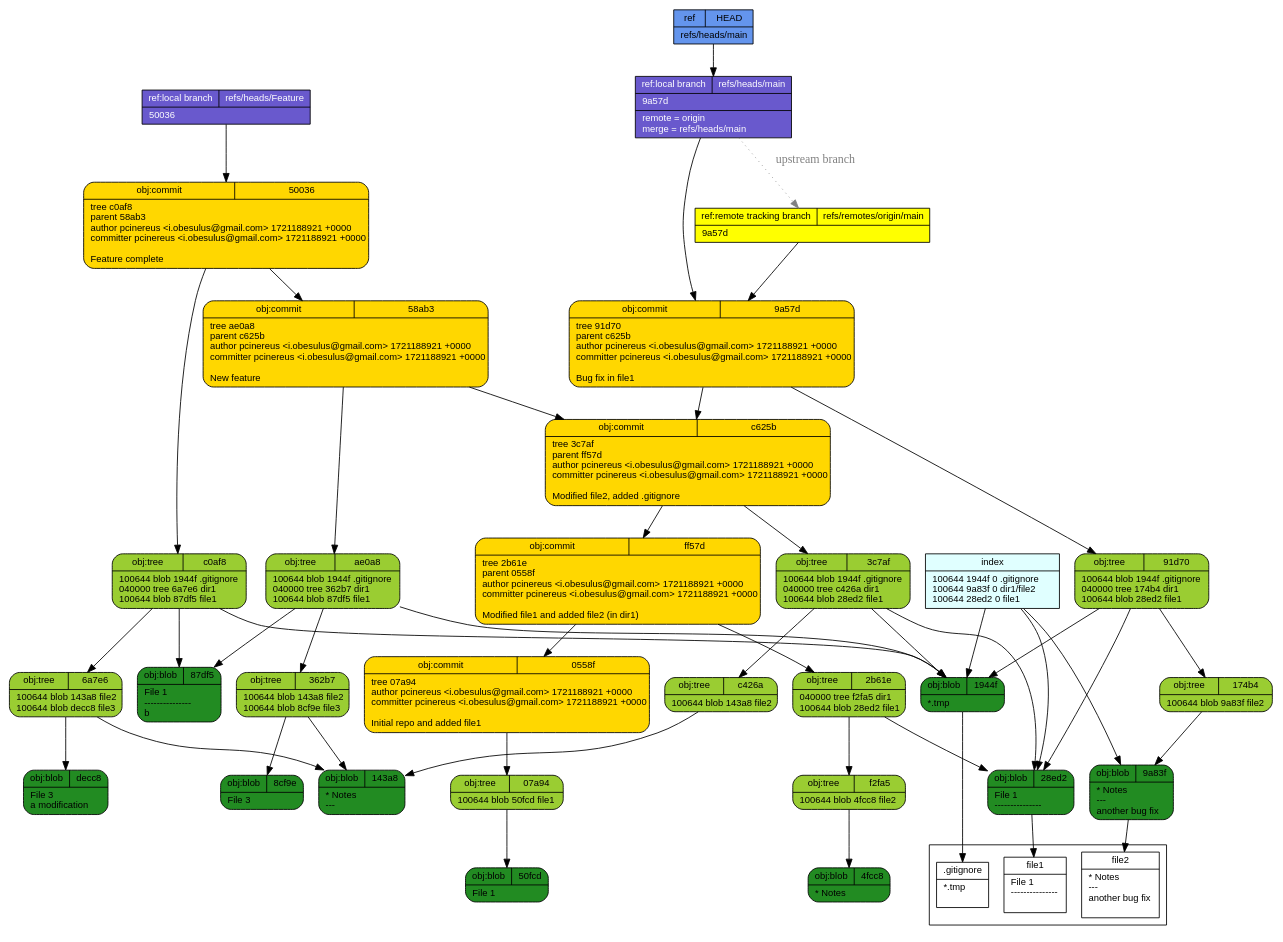
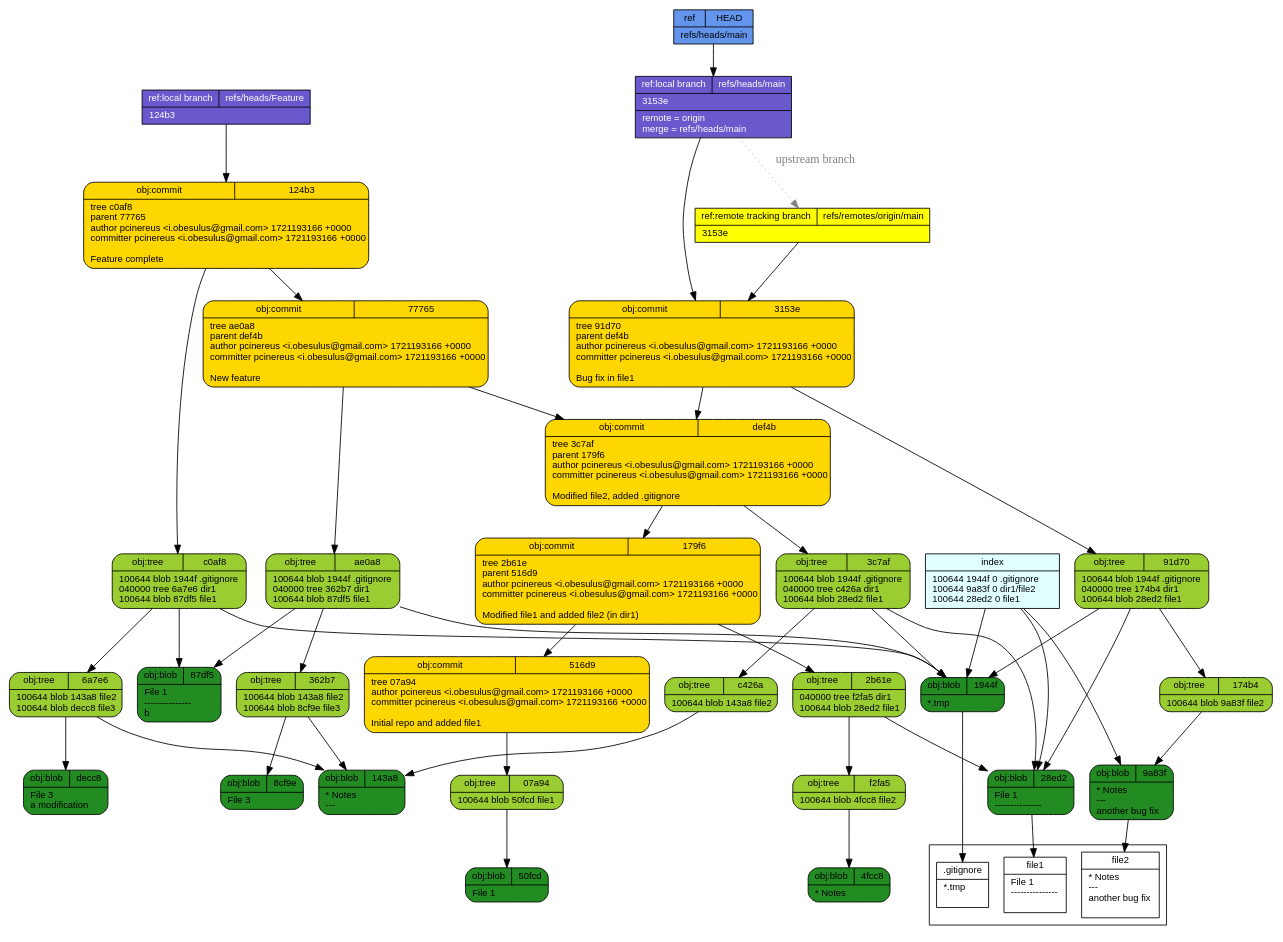
One commit to pcinereus/SUYRs_documents changed the diagram in tut/git-draw.dot. Above: the diagram before and after it, drawn with Graphviz. The commit also changed 609 other files, not shown here.

```diff
--- a/tut/git-draw.dot
+++ b/tut/git-draw.dot
@@ -1,57 +1,57 @@
 digraph structs {
   node [shape=record,fontsize=11,fontname="arial"];
   rankdir="TB";
   _f2fa5 [fillcolor="yellowgreen", style="filled,rounded", label="{{obj:tree|f2fa5}|100644\ blob\ 4fcc8\	file2\l}"]  _f2fa5 -> _4fcc8
   _07a94 [fillcolor="yellowgreen", style="filled,rounded", label="{{obj:tree|07a94}|100644\ blob\ 50fcd\	file1\l}"]  _07a94 -> _50fcd
   _143a8 [fillcolor="forestgreen", style="filled,rounded", label="{{obj:blob|143a8}|\*\ Notes\l\-\-\-\l}"]  _c0af8 [fillcolor="yellowgreen", style="filled,rounded", label="{{obj:tree|c0af8}|100644\ blob\ 1944f\	\.gitignore\l040000\ tree\ 6a7e6\	dir1\l100644\ blob\ 87df5\	file1\l}"]  _c0af8 -> _1944f
   _c0af8 -> _6a7e6
   _c0af8 -> _87df5
-  _4fcc8 [fillcolor="forestgreen", style="filled,rounded", label="{{obj:blob|4fcc8}|\*\ Notes\l}"]  _58ab3 [fillcolor="gold", style="filled,rounded", label="{{obj:commit|58ab3}|tree\ ae0a8\lparent\ c625b\lauthor\ pcinereus\ \<i\.obesulus\@gmail\.com\>\ 1721188921\ \+0000\lcommitter\ pcinereus\ \<i\.obesulus\@gmail\.com\>\ 1721188921\ \+0000\l\lNew\ feature\l}"]  _58ab3 -> _ae0a8
-  _58ab3 -> _c625b
+  _4fcc8 [fillcolor="forestgreen", style="filled,rounded", label="{{obj:blob|4fcc8}|\*\ Notes\l}"]  _124b3 [fillcolor="gold", style="filled,rounded", label="{{obj:commit|124b3}|tree\ c0af8\lparent\ 77765\lauthor\ pcinereus\ \<i\.obesulus\@gmail\.com\>\ 1721193166\ \+0000\lcommitter\ pcinereus\ \<i\.obesulus\@gmail\.com\>\ 1721193166\ \+0000\l\lFeature\ complete\l}"]  _124b3 -> _c0af8
+  _124b3 -> _77765
+  _77765 [fillcolor="gold", style="filled,rounded", label="{{obj:commit|77765}|tree\ ae0a8\lparent\ def4b\lauthor\ pcinereus\ \<i\.obesulus\@gmail\.com\>\ 1721193166\ \+0000\lcommitter\ pcinereus\ \<i\.obesulus\@gmail\.com\>\ 1721193166\ \+0000\l\lNew\ feature\l}"]  _77765 -> _ae0a8
+  _77765 -> _def4b
   _c426a [fillcolor="yellowgreen", style="filled,rounded", label="{{obj:tree|c426a}|100644\ blob\ 143a8\	file2\l}"]  _c426a -> _143a8
-  _1944f [fillcolor="forestgreen", style="filled,rounded", label="{{obj:blob|1944f}|\*\.tmp\l}"]  _50fcd [fillcolor="forestgreen", style="filled,rounded", label="{{obj:blob|50fcd}|File\ 1\l}"]  _50036 [fillcolor="gold", style="filled,rounded", label="{{obj:commit|50036}|tree\ c0af8\lparent\ 58ab3\lauthor\ pcinereus\ \<i\.obesulus\@gmail\.com\>\ 1721188921\ \+0000\lcommitter\ pcinereus\ \<i\.obesulus\@gmail\.com\>\ 1721188921\ \+0000\l\lFeature\ complete\l}"]  _50036 -> _c0af8
-  _50036 -> _58ab3
-  _0558f [fillcolor="gold", style="filled,rounded", label="{{obj:commit|0558f}|tree\ 07a94\lauthor\ pcinereus\ \<i\.obesulus\@gmail\.com\>\ 1721188921\ \+0000\lcommitter\ pcinereus\ \<i\.obesulus\@gmail\.com\>\ 1721188921\ \+0000\l\lInitial\ repo\ and\ added\ file1\l}"]  _0558f -> _07a94
+  _1944f [fillcolor="forestgreen", style="filled,rounded", label="{{obj:blob|1944f}|\*\.tmp\l}"]  _50fcd [fillcolor="forestgreen", style="filled,rounded", label="{{obj:blob|50fcd}|File\ 1\l}"]  _3153e [fillcolor="gold", style="filled,rounded", label="{{obj:commit|3153e}|tree\ 91d70\lparent\ def4b\lauthor\ pcinereus\ \<i\.obesulus\@gmail\.com\>\ 1721193166\ \+0000\lcommitter\ pcinereus\ \<i\.obesulus\@gmail\.com\>\ 1721193166\ \+0000\l\lBug\ fix\ in\ file1\l}"]  _3153e -> _91d70
+  _3153e -> _def4b
   _8cf9e [fillcolor="forestgreen", style="filled,rounded", label="{{obj:blob|8cf9e}|File\ 3\l}"]  _91d70 [fillcolor="yellowgreen", style="filled,rounded", label="{{obj:tree|91d70}|100644\ blob\ 1944f\	\.gitignore\l040000\ tree\ 174b4\	dir1\l100644\ blob\ 28ed2\	file1\l}"]  _91d70 -> _1944f
   _91d70 -> _174b4
   _91d70 -> _28ed2
-  _9a83f [fillcolor="forestgreen", style="filled,rounded", label="{{obj:blob|9a83f}|\*\ Notes\l\-\-\-\l\ another\ bug\ fix\l}"]  _9a57d [fillcolor="gold", style="filled,rounded", label="{{obj:commit|9a57d}|tree\ 91d70\lparent\ c625b\lauthor\ pcinereus\ \<i\.obesulus\@gmail\.com\>\ 1721188921\ \+0000\lcommitter\ pcinereus\ \<i\.obesulus\@gmail\.com\>\ 1721188921\ \+0000\l\lBug\ fix\ in\ file1\l}"]  _9a57d -> _91d70
-  _9a57d -> _c625b
-  _ae0a8 [fillcolor="yellowgreen", style="filled,rounded", label="{{obj:tree|ae0a8}|100644\ blob\ 1944f\	\.gitignore\l040000\ tree\ 362b7\	dir1\l100644\ blob\ 87df5\	file1\l}"]  _ae0a8 -> _1944f
+  _9a83f [fillcolor="forestgreen", style="filled,rounded", label="{{obj:blob|9a83f}|\*\ Notes\l\-\-\-\l\ another\ bug\ fix\l}"]  _ae0a8 [fillcolor="yellowgreen", style="filled,rounded", label="{{obj:tree|ae0a8}|100644\ blob\ 1944f\	\.gitignore\l040000\ tree\ 362b7\	dir1\l100644\ blob\ 87df5\	file1\l}"]  _ae0a8 -> _1944f
   _ae0a8 -> _362b7
   _ae0a8 -> _87df5
-  _c625b [fillcolor="gold", style="filled,rounded", label="{{obj:commit|c625b}|tree\ 3c7af\lparent\ ff57d\lauthor\ pcinereus\ \<i\.obesulus\@gmail\.com\>\ 1721188921\ \+0000\lcommitter\ pcinereus\ \<i\.obesulus\@gmail\.com\>\ 1721188921\ \+0000\l\lModified\ file2\,\ added\ \.gitignore\l}"]  _c625b -> _3c7af
-  _c625b -> _ff57d
   _2b61e [fillcolor="yellowgreen", style="filled,rounded", label="{{obj:tree|2b61e}|040000\ tree\ f2fa5\	dir1\l100644\ blob\ 28ed2\	file1\l}"]  _2b61e -> _f2fa5
   _2b61e -> _28ed2
-  _ff57d [fillcolor="gold", style="filled,rounded", label="{{obj:commit|ff57d}|tree\ 2b61e\lparent\ 0558f\lauthor\ pcinereus\ \<i\.obesulus\@gmail\.com\>\ 1721188921\ \+0000\lcommitter\ pcinereus\ \<i\.obesulus\@gmail\.com\>\ 1721188921\ \+0000\l\lModified\ file1\ and\ added\ file2\ \(in\ dir1\)\l}"]  _ff57d -> _2b61e
-  _ff57d -> _0558f
   _87df5 [fillcolor="forestgreen", style="filled,rounded", label="{{obj:blob|87df5}|File\ 1\l\-\-\-\-\-\-\-\-\-\-\-\-\-\-\-\lb\l}"]  _362b7 [fillcolor="yellowgreen", style="filled,rounded", label="{{obj:tree|362b7}|100644\ blob\ 143a8\	file2\l100644\ blob\ 8cf9e\	file3\l}"]  _362b7 -> _143a8
   _362b7 -> _8cf9e
   _3c7af [fillcolor="yellowgreen", style="filled,rounded", label="{{obj:tree|3c7af}|100644\ blob\ 1944f\	\.gitignore\l040000\ tree\ c426a\	dir1\l100644\ blob\ 28ed2\	file1\l}"]  _3c7af -> _1944f
   _3c7af -> _c426a
   _3c7af -> _28ed2
   _28ed2 [fillcolor="forestgreen", style="filled,rounded", label="{{obj:blob|28ed2}|File\ 1\l\-\-\-\-\-\-\-\-\-\-\-\-\-\-\-\l}"]  _6a7e6 [fillcolor="yellowgreen", style="filled,rounded", label="{{obj:tree|6a7e6}|100644\ blob\ 143a8\	file2\l100644\ blob\ decc8\	file3\l}"]  _6a7e6 -> _143a8
   _6a7e6 -> _decc8
+  _179f6 [fillcolor="gold", style="filled,rounded", label="{{obj:commit|179f6}|tree\ 2b61e\lparent\ 516d9\lauthor\ pcinereus\ \<i\.obesulus\@gmail\.com\>\ 1721193166\ \+0000\lcommitter\ pcinereus\ \<i\.obesulus\@gmail\.com\>\ 1721193166\ \+0000\l\lModified\ file1\ and\ added\ file2\ \(in\ dir1\)\l}"]  _179f6 -> _2b61e
+  _179f6 -> _516d9
   _174b4 [fillcolor="yellowgreen", style="filled,rounded", label="{{obj:tree|174b4}|100644\ blob\ 9a83f\	file2\l}"]  _174b4 -> _9a83f
-  _decc8 [fillcolor="forestgreen", style="filled,rounded", label="{{obj:blob|decc8}|File\ 3\l\ a\ modification\l}"]  _refs___heads___Feature [style=filled, fillcolor=slateblue3, fontcolor = white,  label="{{ref:local branch|refs\/heads\/Feature}|50036\l}"]
-  _refs___heads___Feature -> _50036
+  _decc8 [fillcolor="forestgreen", style="filled,rounded", label="{{obj:blob|decc8}|File\ 3\l\ a\ modification\l}"]  _def4b [fillcolor="gold", style="filled,rounded", label="{{obj:commit|def4b}|tree\ 3c7af\lparent\ 179f6\lauthor\ pcinereus\ \<i\.obesulus\@gmail\.com\>\ 1721193166\ \+0000\lcommitter\ pcinereus\ \<i\.obesulus\@gmail\.com\>\ 1721193166\ \+0000\l\lModified\ file2\,\ added\ \.gitignore\l}"]  _def4b -> _3c7af
+  _def4b -> _179f6
+  _516d9 [fillcolor="gold", style="filled,rounded", label="{{obj:commit|516d9}|tree\ 07a94\lauthor\ pcinereus\ \<i\.obesulus\@gmail\.com\>\ 1721193166\ \+0000\lcommitter\ pcinereus\ \<i\.obesulus\@gmail\.com\>\ 1721193166\ \+0000\l\lInitial\ repo\ and\ added\ file1\l}"]  _516d9 -> _07a94
+  _refs___heads___Feature [style=filled, fillcolor=slateblue3, fontcolor = white,  label="{{ref:local branch|refs\/heads\/Feature}|124b3\l}"]
+  _refs___heads___Feature -> _124b3
   _refs___heads___main -> _refs___remotes___origin___main [style=dotted, color=gray, fontcolor=gray, label="upstream branch"]
-  _refs___heads___main [style=filled, fillcolor=slateblue3, fontcolor = white,  label="{{ref:local branch|refs\/heads\/main}|9a57d\l|remote\ \=\ origin\lmerge\ \=\ refs\/heads\/main\l}"]
-  _refs___heads___main -> _9a57d
-  _refs___remotes___origin___main [style=filled, fillcolor=yellow, fontcolor = black,  label="{{ref:remote tracking branch|refs\/remotes\/origin\/main}|9a57d\l}"]
-  _refs___remotes___origin___main -> _9a57d
+  _refs___heads___main [style=filled, fillcolor=slateblue3, fontcolor = white,  label="{{ref:local branch|refs\/heads\/main}|3153e\l|remote\ \=\ origin\lmerge\ \=\ refs\/heads\/main\l}"]
+  _refs___heads___main -> _3153e
+  _refs___remotes___origin___main [style=filled, fillcolor=yellow, fontcolor = black,  label="{{ref:remote tracking branch|refs\/remotes\/origin\/main}|3153e\l}"]
+  _refs___remotes___origin___main -> _3153e
   _HEAD [style=filled, fillcolor=cornflowerblue, fontcolor=black,  label="{{ref|HEAD}|refs\/heads\/main\l}"]
   _HEAD -> _refs___heads___main
   index -> _1944f
   index -> _9a83f
   index -> _28ed2
   index [style=filled, fillcolor=lightcyan, label="{{index}|100644\ 1944f\ 0\	\.gitignore\l100644\ 9a83f\ 0\	dir1\/file2\l100644\ 28ed2\ 0\	file1\l}"]
 subgraph cluster_1 {rank=sink  _gitignore [fillcolor="white", label="{{.gitignore}|*.tmp\l\l}"] 
   _file2 [fillcolor="white", label="{{file2}|* Notes\l---\l another bug fix\l\l}"] 
   _file1 [fillcolor="white", label="{{file1}|File 1\l---------------\l\l}"] 
 }
  _1944f -> _gitignore
  _9a83f -> _file2
  _28ed2 -> _file1
 }
```
